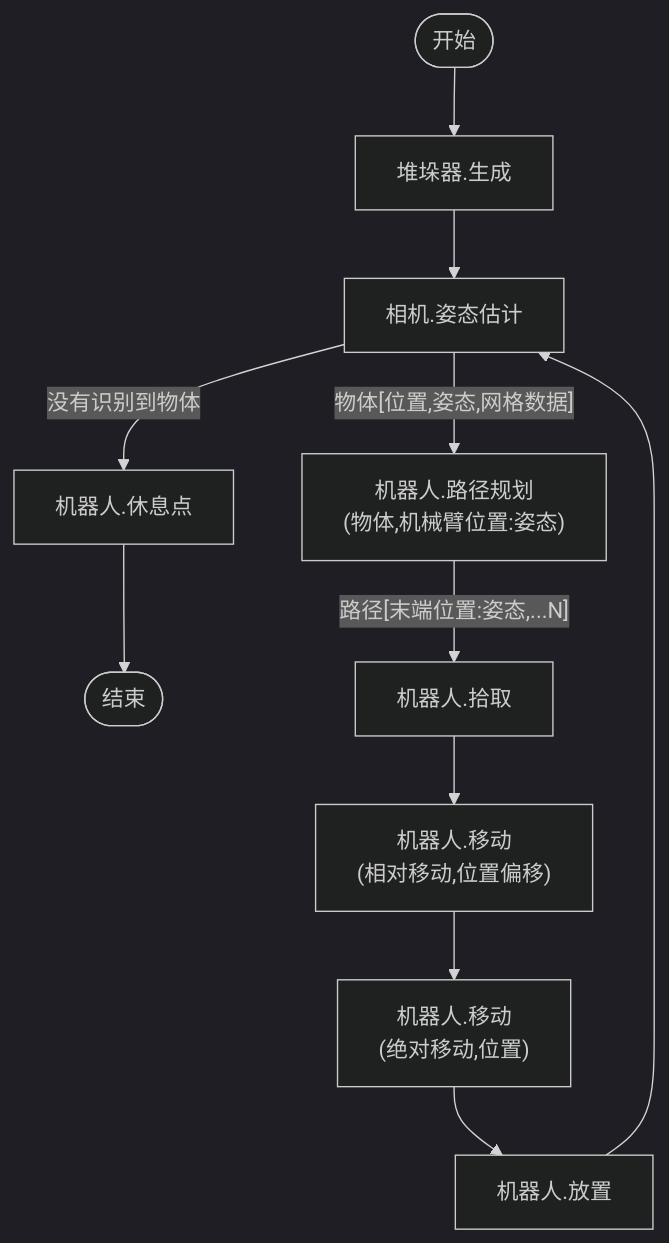
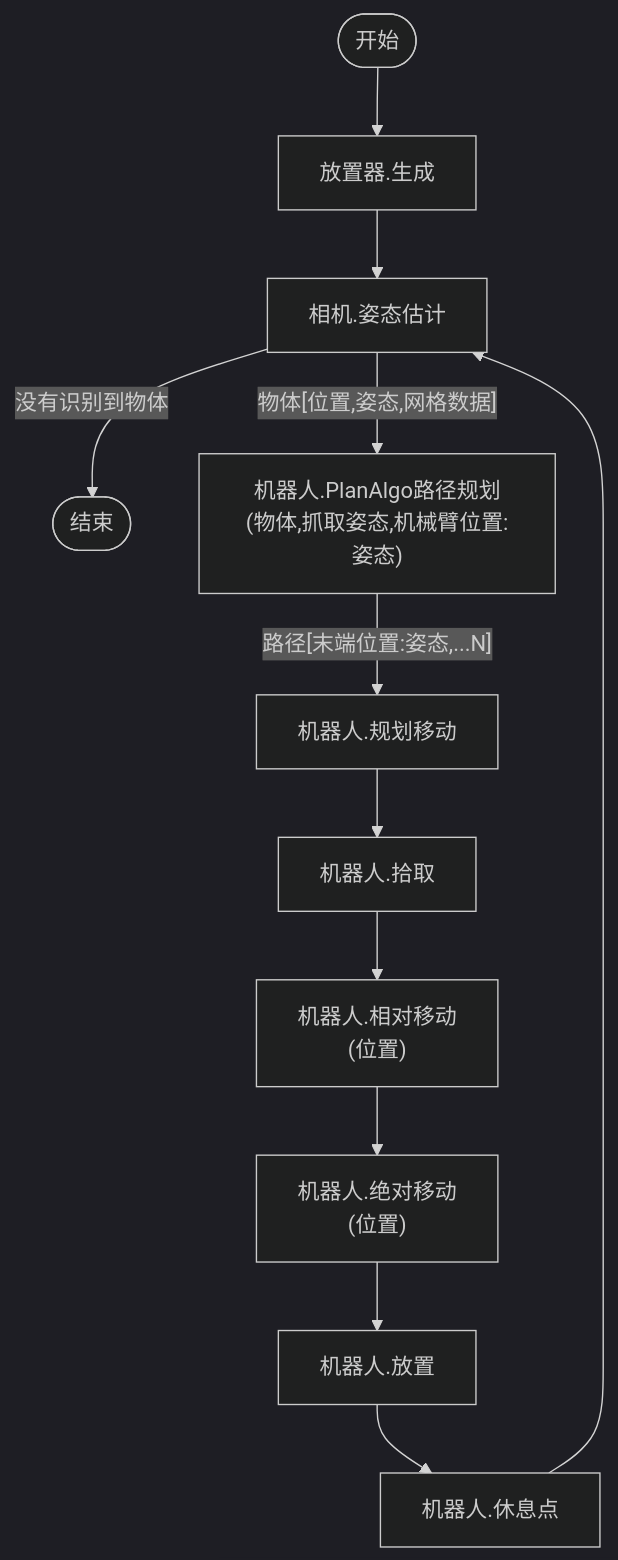
One commit to sltruman/practical-tools changed diagram 12 of 13 in README.md. Above: the diagram before and after it, drawn with Mermaid (dark theme). The commit also changed other lines of this file and 12 other files, not shown here.

````diff
--- a/README.md
+++ b/README.md
@@ -336,22 +340,23 @@
 ```mermaid
 flowchart TB
     start([开始])
     finish([结束])
-    stacker.generate[堆垛器.生成]
+    stacker.generate[放置器.生成]
     camera.pose_recognize[相机.姿态估计]
-    robot.pick_plan["机器人.路径规划\n(物体,机械臂位置:姿态)"]
-    robot.move1["机器人.移动\n(相对移动,位置偏移)"]
-    robot.move2["机器人.移动\n(绝对移动,位置)"]
-    robot.pick[机器人.拾取]
-    robot.place[机器人.放置]
+    robot.pick_plan["机器人.PlanAlgo路径规划\n(物体,抓取姿态,机械臂位置:姿态)"]
+    robot.move1["机器人.规划移动\n"]
+    robot.move2["机器人.相对移动\n(位置)"]
+    robot.move3["机器人.绝对移动\n(位置)"]
+    robot.pick["机器人.拾取"]
+    robot.place["机器人.放置"]
     robot.home[机器人.休息点]
     start-->stacker.generate
 
     stacker.generate-->camera.pose_recognize
     camera.pose_recognize--"物体[位置,姿态,网格数据]\n"-->robot.pick_plan
-    robot.pick_plan--"路径[末端位置:姿态,...N]"-->robot.pick
-    robot.pick-->robot.move1-->robot.move2-->robot.place
-    robot.place-->camera.pose_recognize
+    robot.pick_plan--"路径[末端位置:姿态,...N]"-->robot.move1-->robot.pick
+    robot.pick-->robot.move2-->robot.move3-->robot.place
+    robot.place-->robot.home-->camera.pose_recognize
 
-    camera.pose_recognize--没有识别到物体-->robot.home-->finish
+    camera.pose_recognize--没有识别到物体-->finish
 ```
````
